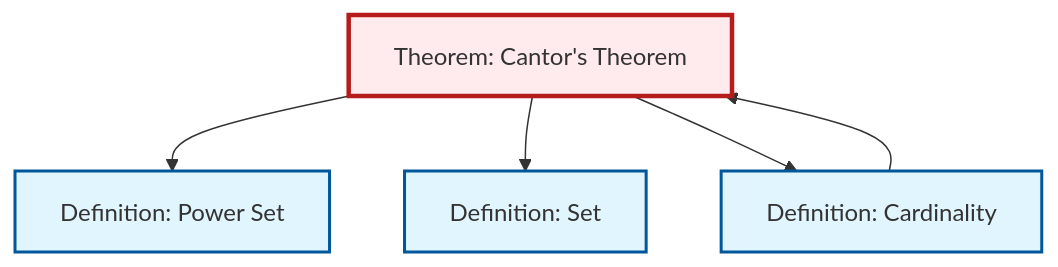
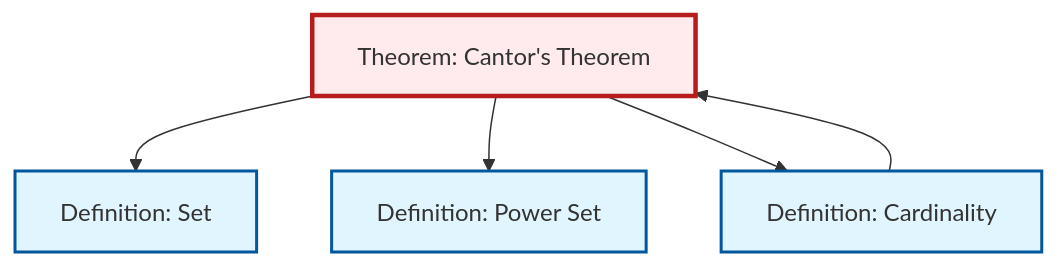
One commit to RK0429/ModernMath changed the second of 2 diagrams in content/en/logic-set-theory/thm-cantor.qmd. Above: the diagram before and after it, drawn with Mermaid. The commit also changed other lines of this file and 654 other files, not shown here.

````diff
--- a/content/en/logic-set-theory/thm-cantor.qmd
+++ b/content/en/logic-set-theory/thm-cantor.qmd
@@ -71,21 +71,21 @@
 ```{mermaid}
 %%| fig-cap: "Local dependency graph"
 graph TD
     classDef definition fill:#e1f5fe,stroke:#01579b,stroke-width:2px
     classDef theorem fill:#f3e5f5,stroke:#4a148c,stroke-width:2px
     classDef axiom fill:#fff3e0,stroke:#e65100,stroke-width:2px
     classDef example fill:#e8f5e9,stroke:#1b5e20,stroke-width:2px
     classDef current fill:#ffebee,stroke:#b71c1c,stroke-width:3px
+    def-set["Definition: Set"]:::definition
+    def-power-set["Definition: Power Set"]:::definition
     thm-cantor["Theorem: Cantor's Theorem"]:::theorem
-    def-power-set["Definition: Power Set"]:::definition
     def-cardinality["Definition: Cardinality"]:::definition
-    def-set["Definition: Set"]:::definition
+    thm-cantor --> def-set
+    def-cardinality --> thm-cantor
     thm-cantor --> def-power-set
-    thm-cantor --> def-set
     thm-cantor --> def-cardinality
-    def-cardinality --> thm-cantor
     class thm-cantor current
+    click def-set "def-set.html" "Go to Set definition"
     click def-power-set "def-power-set.html" "Go to Power Set definition"
     click def-cardinality "def-cardinality.html" "Go to Cardinality definition"
-    click def-set "def-set.html" "Go to Set definition"
 ```
````
